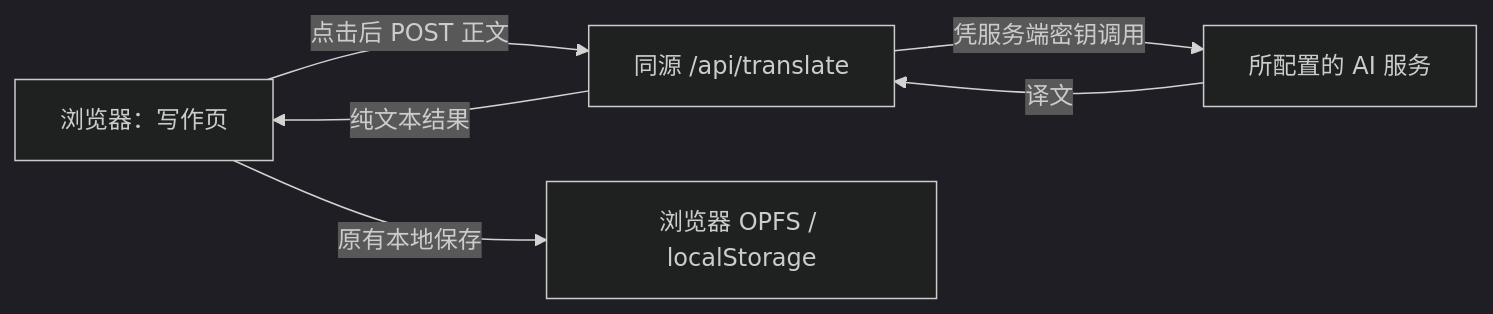
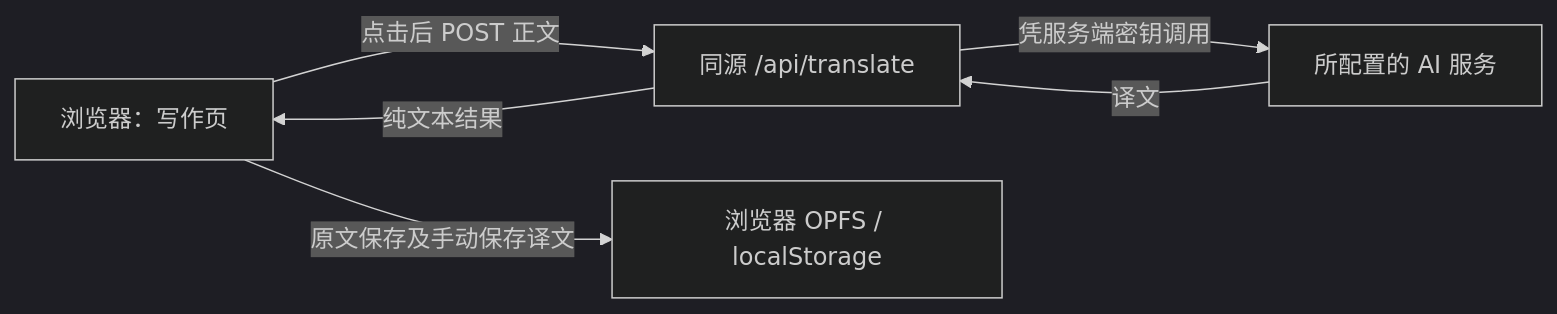
One commit to WTAMLOVE/char300-lab changed the diagram in docs/TRANSLATION_DESIGN.md. Above: the diagram before and after it, drawn with Mermaid (dark theme). The commit also changed other lines of this file and 16 other files, not shown here.

````diff
--- a/docs/TRANSLATION_DESIGN.md
+++ b/docs/TRANSLATION_DESIGN.md
@@ -21,8 +23,8 @@
 ```mermaid
 flowchart LR
   U[浏览器：写作页] -->|点击后 POST 正文| G[同源 /api/translate]
   G -->|凭服务端密钥调用| P[所配置的 AI 服务]
   P -->|译文| G
   G -->|纯文本结果| U
-  U -->|原有本地保存| S[浏览器 OPFS / localStorage]
+  U -->|原文保存及手动保存译文| S[浏览器 OPFS / localStorage]
 ```
````
